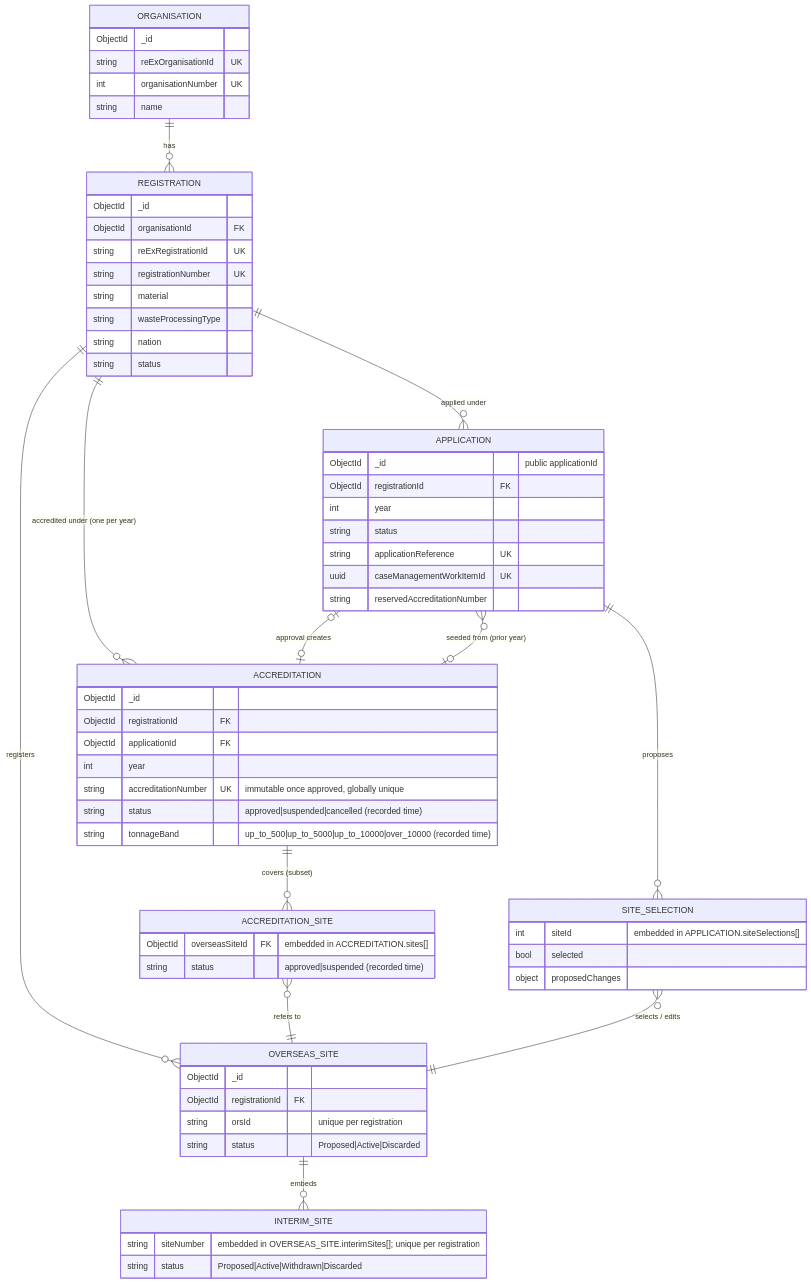
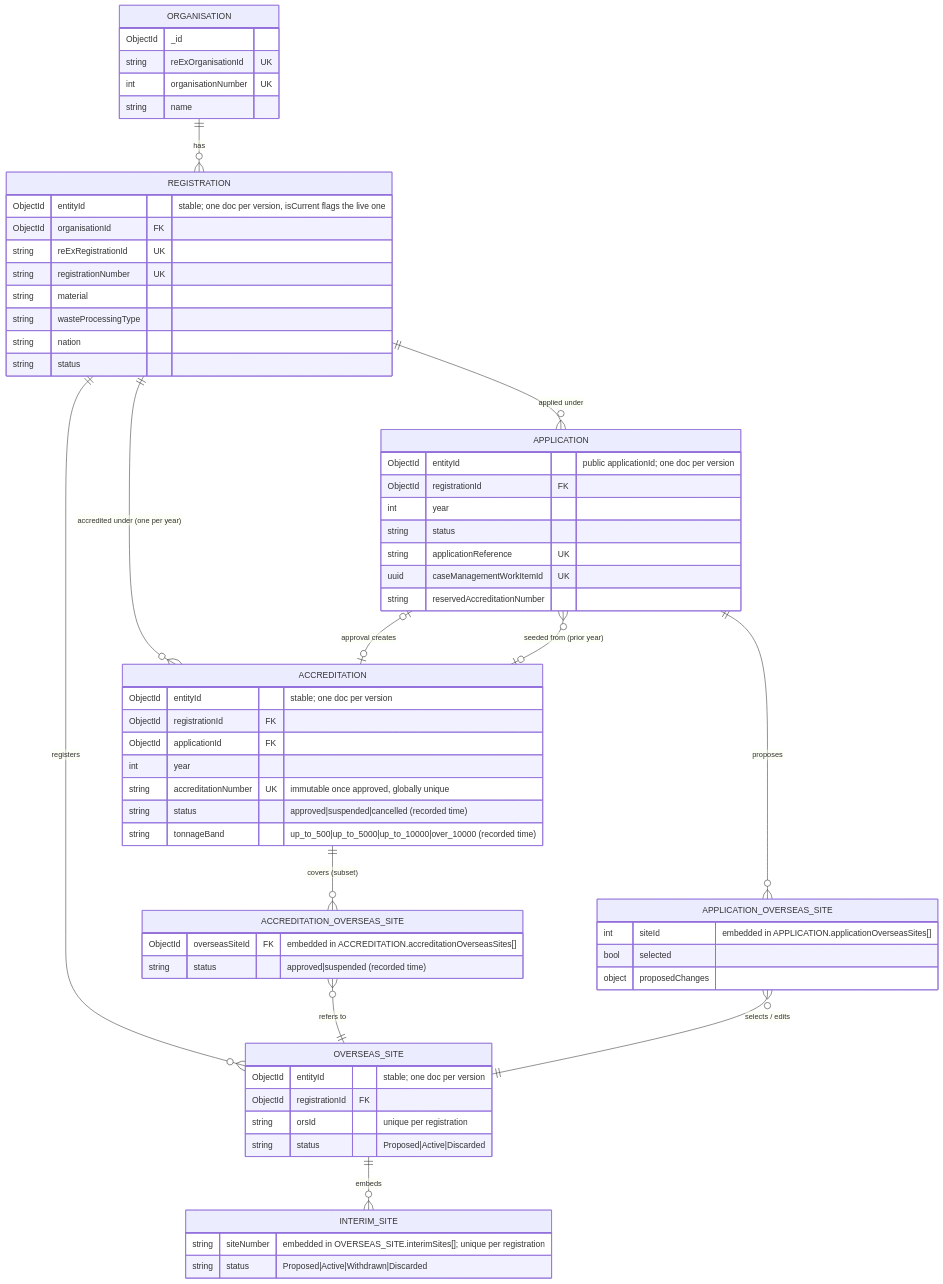
One commit to DEFRA/epr-register-enrol-backend changed the first of 6 diagrams in docs/analysis/register-enrol-domain-model-design.md. Above: the diagram before and after it, drawn with Mermaid. The commit also changed other lines of this file, not shown here.

````diff
--- a/docs/analysis/register-enrol-domain-model-design.md
+++ b/docs/analysis/register-enrol-domain-model-design.md
@@ -370,68 +414,68 @@
 ```mermaid
 erDiagram
     ORGANISATION ||--o{ REGISTRATION : "has"
     REGISTRATION ||--o{ OVERSEAS_SITE : "registers"
     OVERSEAS_SITE ||--o{ INTERIM_SITE : "embeds"
     REGISTRATION ||--o{ APPLICATION : "applied under"
     REGISTRATION ||--o{ ACCREDITATION : "accredited under (one per year)"
     APPLICATION |o--o| ACCREDITATION : "approval creates"
-    ACCREDITATION ||--o{ ACCREDITATION_SITE : "covers (subset)"
-    ACCREDITATION_SITE }o--|| OVERSEAS_SITE : "refers to"
-    APPLICATION ||--o{ SITE_SELECTION : "proposes"
-    SITE_SELECTION }o--|| OVERSEAS_SITE : "selects / edits"
+    ACCREDITATION ||--o{ ACCREDITATION_OVERSEAS_SITE : "covers (subset)"
+    ACCREDITATION_OVERSEAS_SITE }o--|| OVERSEAS_SITE : "refers to"
+    APPLICATION ||--o{ APPLICATION_OVERSEAS_SITE : "proposes"
+    APPLICATION_OVERSEAS_SITE }o--|| OVERSEAS_SITE : "selects / edits"
     APPLICATION }o--o| ACCREDITATION : "seeded from (prior year)"
 
     ORGANISATION {
         ObjectId _id
         string reExOrganisationId UK
         int organisationNumber UK
         string name
     }
     REGISTRATION {
-        ObjectId _id
+        ObjectId entityId "stable; one doc per version, isCurrent flags the live one"
         ObjectId organisationId FK
         string reExRegistrationId UK
         string registrationNumber UK
         string material
         string wasteProcessingType
         string nation
         string status
     }
     OVERSEAS_SITE {
-        ObjectId _id
+        ObjectId entityId "stable; one doc per version"
         ObjectId registrationId FK
         string orsId "unique per registration"
         string status "Proposed|Active|Discarded"
     }
     INTERIM_SITE {
         string siteNumber "embedded in OVERSEAS_SITE.interimSites[]; unique per registration"
         string status "Proposed|Active|Withdrawn|Discarded"
     }
     APPLICATION {
-        ObjectId _id "public applicationId"
+        ObjectId entityId "public applicationId; one doc per version"
         ObjectId registrationId FK
         int year
         string status
         string applicationReference UK
         uuid caseManagementWorkItemId UK
         string reservedAccreditationNumber
     }
     ACCREDITATION {
-        ObjectId _id
+        ObjectId entityId "stable; one doc per version"
         ObjectId registrationId FK
         ObjectId applicationId FK
         int year
         string accreditationNumber UK "immutable once approved, globally unique"
         string status "approved|suspended|cancelled (recorded time)"
         string tonnageBand "up_to_500|up_to_5000|up_to_10000|over_10000 (recorded time)"
     }
-    ACCREDITATION_SITE {
-        ObjectId overseasSiteId FK "embedded in ACCREDITATION.sites[]"
+    ACCREDITATION_OVERSEAS_SITE {
+        ObjectId overseasSiteId FK "embedded in ACCREDITATION.accreditationOverseasSites[]"
         string status "approved|suspended (recorded time)"
     }
-    SITE_SELECTION {
-        int siteId "embedded in APPLICATION.siteSelections[]"
+    APPLICATION_OVERSEAS_SITE {
+        int siteId "embedded in APPLICATION.applicationOverseasSites[]"
         bool selected
         object proposedChanges
     }
 ```
````
